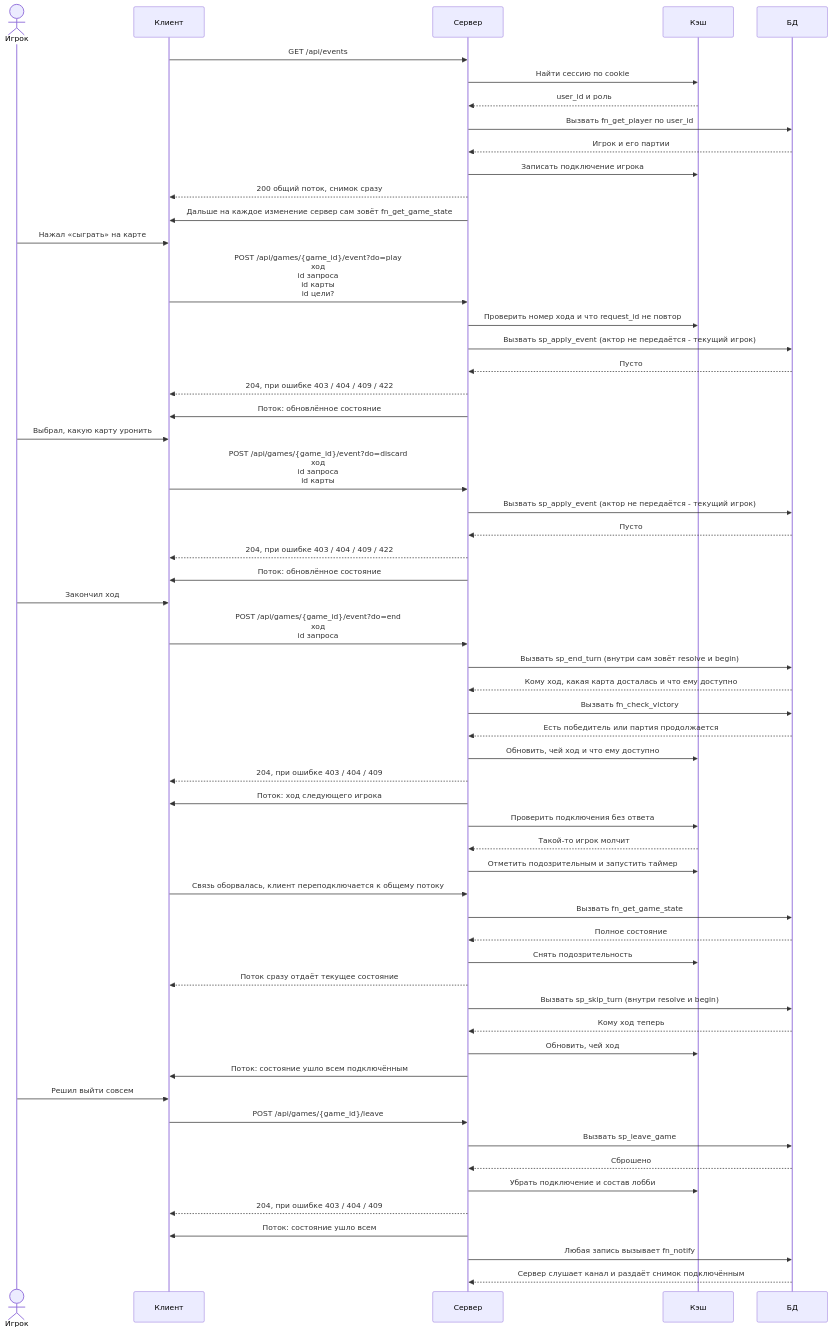
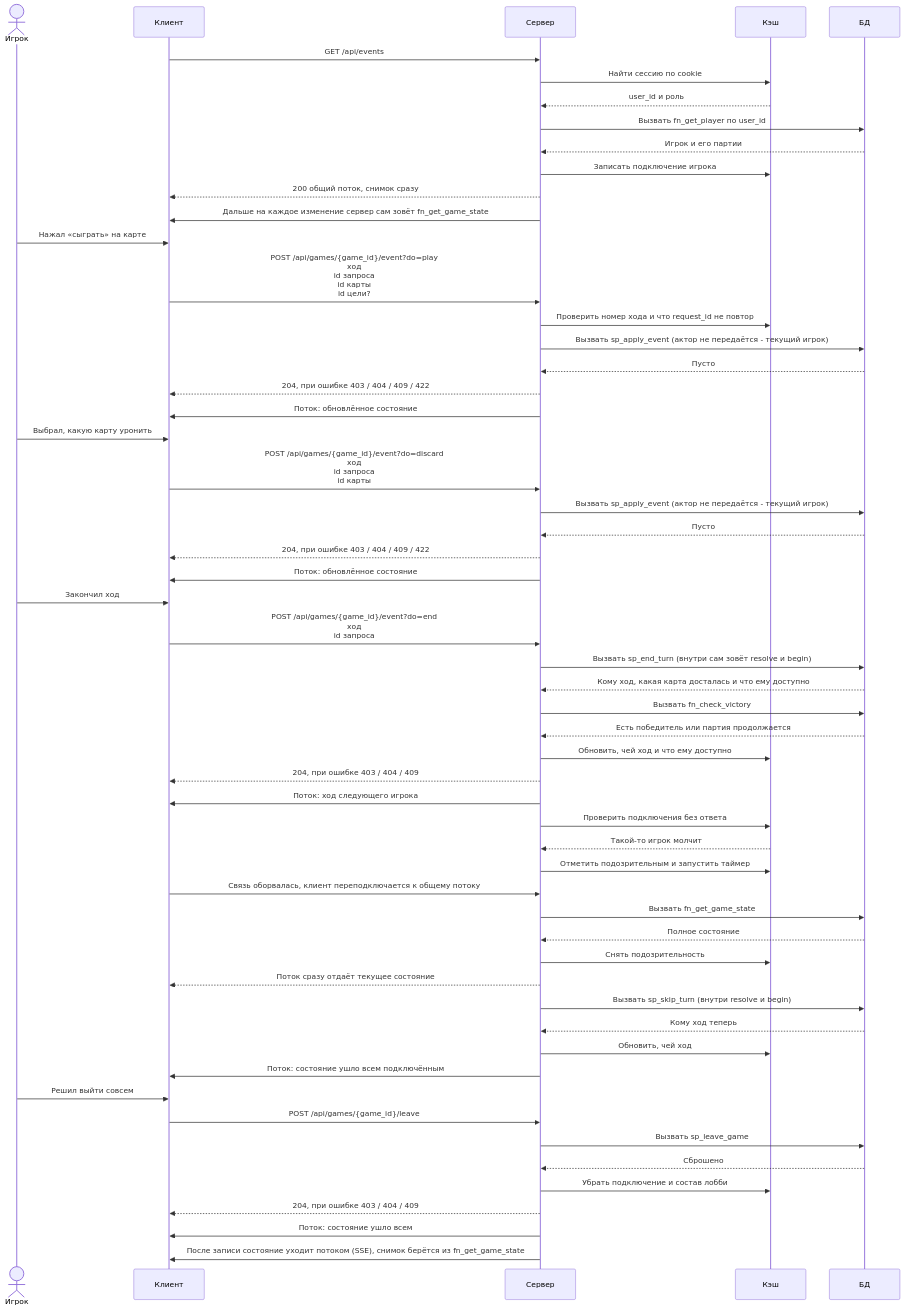
One commit to docup1/edin-game changed the diagram in diagrams/game.mmd. Above: the diagram before and after it, drawn with Mermaid. The commit also changed 11 other files, not shown here.

```diff
--- a/diagrams/game.mmd
+++ b/diagrams/game.mmd
@@ -1,127 +1,125 @@
 %% Всё, что происходит во время партии: поток, ход, обрыв связи, пропуск, выход.
 %% Два эндпоинта: один event с действием в query и выход.
 %% Клиент оперирует картами и выбирает цель. Названия механик, назначение,
 %% количество и позиции определяет сервер - клиент их не знает и не видит.
 %% Связь и признак «кто на связи» - в кэше, все факты - в базе.
 %% Ошибки: 403 не его ход (сравнивает сервер по кэшу game:{id}:turn, до SQL),
 %% 404 нет партии, 409 номер хода не совпал или повтор request_id,
 %% 422 карта не в available или цель не из присланного списка. Актор в SQL не
 %% передаётся: действует текущий игрок, база проверяет лишь, что карта в его руке.
 %% Состояние в потоке всегда полное и приходит при любом изменении, отдельных
 %% событий про карты и ходы нет. Сессия лежит в кэше, поэтому перезапуск
 %% сервера теряет только входы, а факты об игре остаются в базе.
 sequenceDiagram
     actor U as Игрок
     participant C as Клиент
     participant S as Сервер
     participant K as Кэш
     participant D as БД
 
     C->>S: GET /api/events
     S->>K: Найти сессию по cookie
     K-->>S: user_id и роль
     S->>D: Вызвать fn_get_player по user_id
     D-->>S: Игрок и его партии
     S->>K: Записать подключение игрока
     S-->>C: 200 общий поток, снимок сразу
     S->>C: Дальше на каждое изменение сервер сам зовёт fn_get_game_state
 
     U->>C: Нажал «сыграть» на карте
     C->>S: POST /api/games/{game_id}/event?do=play<br/>ход<br/>id запроса<br/>id карты<br/>id цели?
     S->>K: Проверить номер хода и что request_id не повтор
     S->>D: Вызвать sp_apply_event (актор не передаётся - текущий игрок)
     D-->>S: Пусто
     S-->>C: 204, при ошибке 403 / 404 / 409 / 422
     S->>C: Поток: обновлённое состояние
 
     U->>C: Выбрал, какую карту уронить
     C->>S: POST /api/games/{game_id}/event?do=discard<br/>ход<br/>id запроса<br/>id карты
     S->>D: Вызвать sp_apply_event (актор не передаётся - текущий игрок)
     D-->>S: Пусто
     S-->>C: 204, при ошибке 403 / 404 / 409 / 422
     S->>C: Поток: обновлённое состояние
 
     U->>C: Закончил ход
     C->>S: POST /api/games/{game_id}/event?do=end<br/>ход<br/>id запроса
     S->>D: Вызвать sp_end_turn (внутри сам зовёт resolve и begin)
     D-->>S: Кому ход, какая карта досталась и что ему доступно
     S->>D: Вызвать fn_check_victory
     D-->>S: Есть победитель или партия продолжается
     S->>K: Обновить, чей ход и что ему доступно
     S-->>C: 204, при ошибке 403 / 404 / 409
     S->>C: Поток: ход следующего игрока
 
     S->>K: Проверить подключения без ответа
     K-->>S: Такой-то игрок молчит
     S->>K: Отметить подозрительным и запустить таймер
     C->>S: Связь оборвалась, клиент переподключается к общему потоку
     S->>D: Вызвать fn_get_game_state
     D-->>S: Полное состояние
     S->>K: Снять подозрительность
     S-->>C: Поток сразу отдаёт текущее состояние
 
     S->>D: Вызвать sp_skip_turn (внутри resolve и begin)
     D-->>S: Кому ход теперь
     S->>K: Обновить, чей ход
     S->>C: Поток: состояние ушло всем подключённым
 
     U->>C: Решил выйти совсем
     C->>S: POST /api/games/{game_id}/leave
     S->>D: Вызвать sp_leave_game
     D-->>S: Сброшено
     S->>K: Убрать подключение и состав лобби
     S-->>C: 204, при ошибке 403 / 404 / 409
     S->>C: Поток: состояние ушло всем
 
-    S->>D: Любая запись вызывает fn_notify
-    D-->>S: Сервер слушает канал и раздаёт снимок подключённым
+    S->>C: После записи состояние уходит потоком (SSE), снимок берётся из fn_get_game_state
 
     %% available - просто список карт, которые можно сыграть. Названий механик
     %% клиент не знает. Если карте нужна цель, сервер пишет это прямо в
     %% карточке и присылает список целей, из которых игрок выбирает.
     %% Тело event при do=play: { turn, request_id, card_id, target_id? }.
     %% Действие живёт в query как do: play, discard, end. Тело при этом
     %% одно и то же для всех, поля зависят от действия.
     %% Добора из колоды отдельного действия нет: карта добирает механикой
     %% DRAW_FROM_DECK, то есть через play, а в начале хода карту берёт
     %% sp_begin_turn. Клиент не может взять из колоды просто так.
     %% do=discard кладёт указанную карту в сброс. Никаких названий механик
     %% в запросе нет.
     %% По карте сервер сам находит её механики и решает, куда её класть, сколько
     %% карт связано и на какую позицию. Разовые механики карты отрабатывают все
     %% разом, выбрать одну из нескольких нельзя. То, что осталось в стойке,
     %% живёт дальше по своим правилам.
     %% Одна операция - одна транзакция. Проверяется против состояния, а не против
     %% того, что прислал клиент. Не прошла - откат целиком и 422.
     %% Ответ пустой не потому, что серверу нечего сказать: состояние приходит
     %% в поток, а дублировать его значило бы отправить его дважды.
     %% event можно слать несколько подряд: каждый применяется сразу, поэтому
     %% следующий видит уже изменённое состояние, и порядок важен.
     %% Ограничения клиент не проверяет - сервер пересчитывает available.
     %% do=end сбрасывает лишние карты и закрывает ход, дальше открывает следующий
     %% сам, без запроса клиента.
-    %% sp_resolve_stable_effects пересчитывает у всех PROTECT_STABLE,
-    %% RESTRICT_CARD_PLAY и COUNT_AS_UNICORN. Счётчики длительности уменьшаются
-    %% только за действительно сыгранные ходы, не за пропущенные - иначе чужой
-    %% обрыв связи тратил бы всем защиту. Механика упала - пропускаем её, пишем
-    %% в лог и идём дальше: одна сломанная карта не должна останавливать игру.
+    %% Живые эффекты стойла (PROTECT_STABLE, RESTRICT_CARD_PLAY,
+    %% COUNT_AS_UNICORN) читаются на лету через _player_status, отдельного
+    %% пересчёта нет. Механика упала - пропускаем её, пишем в лог и идём
+    %% дальше: одна сломанная карта не должна останавливать игру.
     %% sp_begin_turn выбирает следующего игрока и проверяет его ход на пропуск.
     %% Пропуск - не сыгранный ход: метка снимается, триггеры начала хода не
-    %% запускаются. Пропуски подряд считаются, чтобы не зациклиться.
-    %% sp_fire_turn_start срабатывает у стойл того, чей ход действительно
-    %% открывается.
+    %% запускаются. Пропуски подряд считаются, чтобы не зациклиться. Триггеры
+    %% начала хода запускает сам sp_begin_turn и только у того, чей ход
+    %% действительно открывается.
     %% Разорванную связь не считаем выходом сразу: ждём короткое время, вдруг
     %% это плохая связь. Догонять историю не нужно, снимок и так полный - клиент
     %% перерисовывает всё заново. Номера событий не храним и Last-Event-ID не
     %% шлём.
     %% Клиент не вернулся до конца таймера - ход переходит дальше по правилам,
     %% счётчик ходов увеличивается, чтобы игрок не накапливал ходы за время
     %% отсутствия. Пересчёт защит и запретов идёт как обычно, он не зависит от
     %% того, чей ход.
     %% sp_leave_game отправляет карты игрока в сброс, но сам игрок остаётся в
     %% партии с пустой рукой: выбывшим он не считается, место за ним сохраняется,
     %% поэтому join пускает его обратно даже после старта. Ход ему не вернётся,
     %% но состояние он увидит полностью. Ничего не теряется, потому что все
     %% факты о партии лежат в базе, а в кэше только сессии и подключения.
     %% Уведомления идут через базу, поэтому все экземпляры сервера видят одно и
     %% то же состояние.
```
